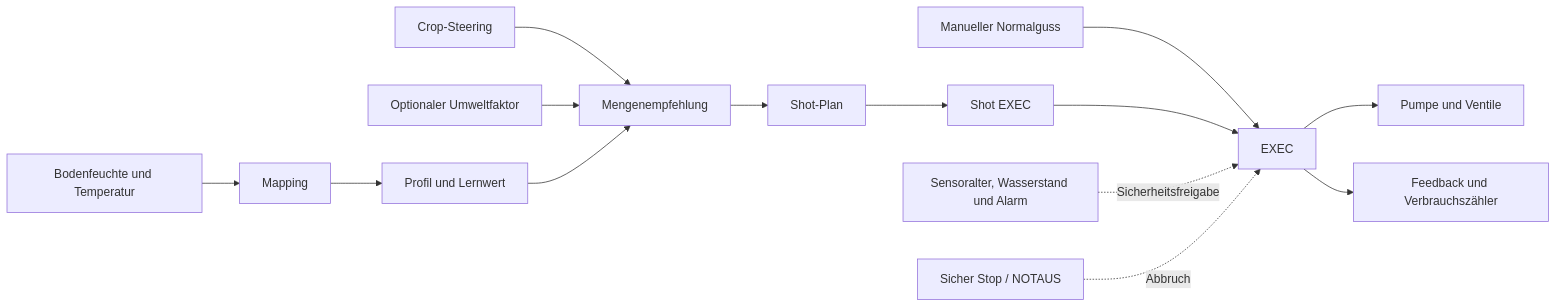
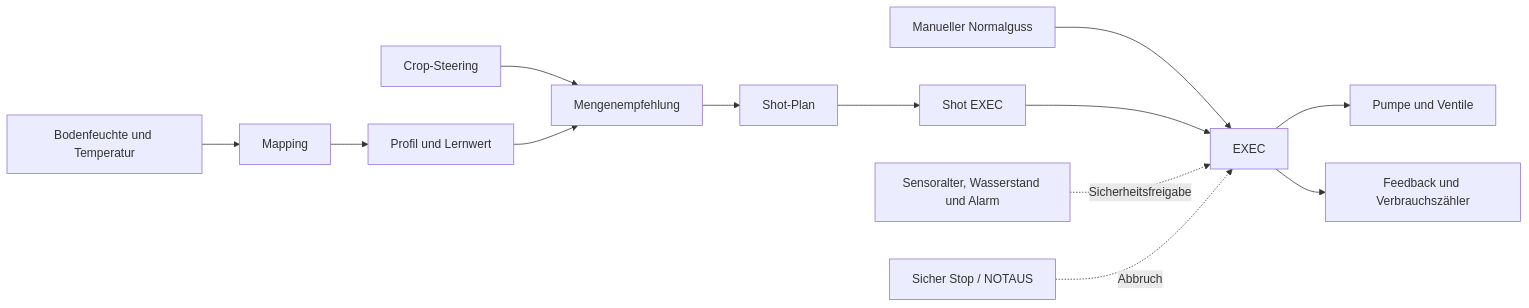
One commit to Verengy/self-learning-irrigation-with-manual-drain-mode-for-home-assistant changed the diagram in README.md. Above: the diagram before and after it, drawn with Mermaid. The commit also changed other lines of this file and 11 other files, not shown here.

````diff
--- a/README.md
+++ b/README.md
@@ -56,16 +56,15 @@
 ```mermaid
 flowchart LR
     A[Bodenfeuchte und Temperatur] --> B[Mapping]
     B --> C[Profil und Lernwert]
     D[Crop-Steering] --> E[Mengenempfehlung]
-    F[Optionaler Umweltfaktor] --> E
     C --> E
     E --> G[Shot-Plan]
     G --> H[Shot EXEC]
     I[Manueller Normalguss] --> J[EXEC]
     H --> J
     J --> K[Pumpe und Ventile]
     L[Sensoralter, Wasserstand und Alarm] -. Sicherheitsfreigabe .-> J
     M[Sicher Stop / NOTAUS] -. Abbruch .-> J
     J --> N[Feedback und Verbrauchszähler]
 ```
````
